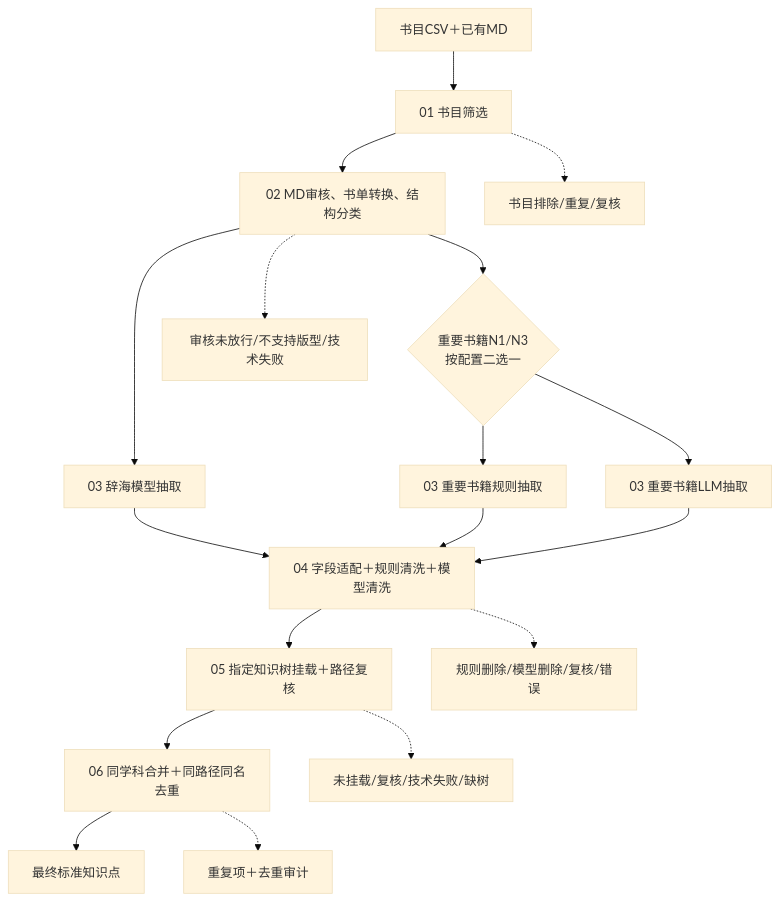
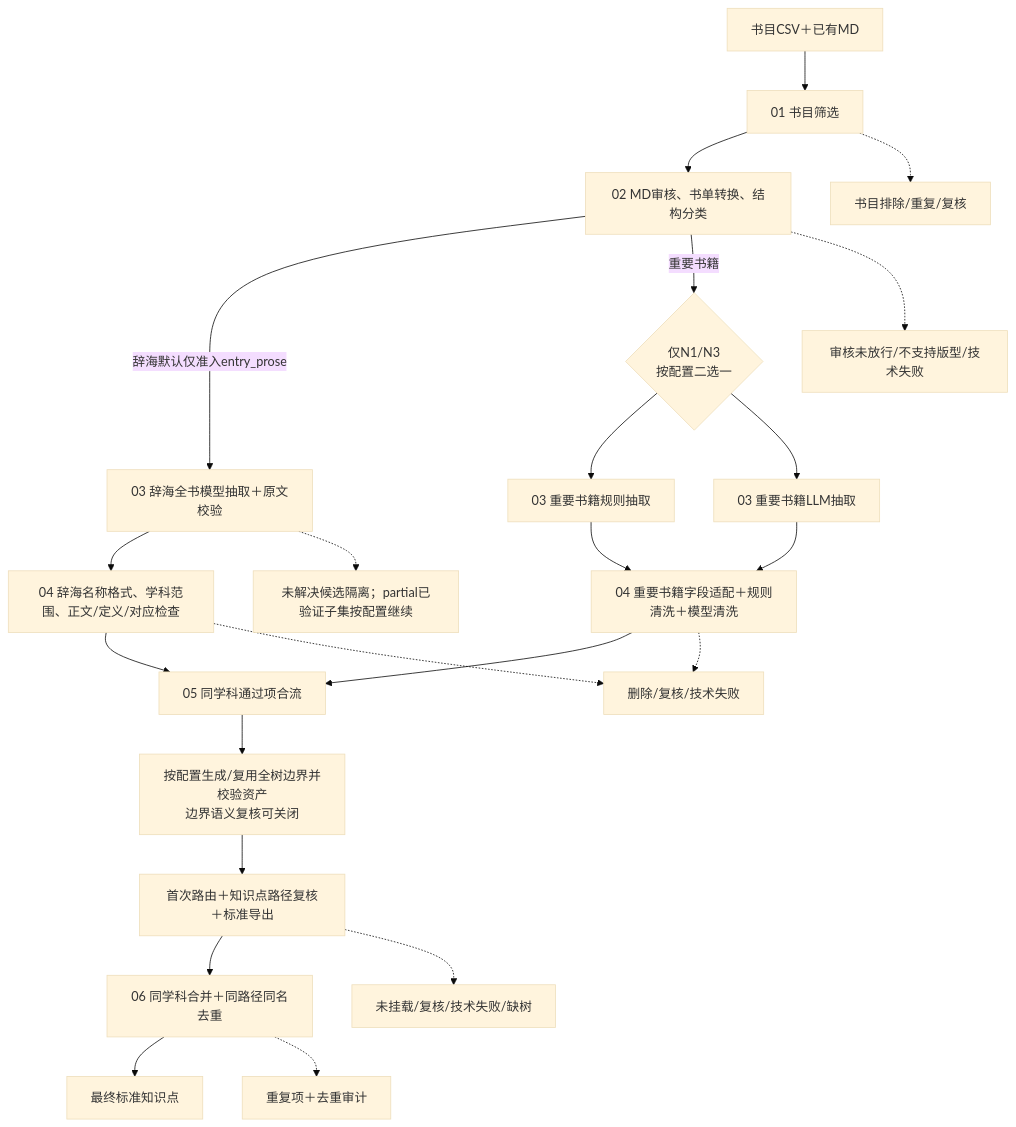
Before and after one commit to zhanghong0927/knowledge_point_pipeline: the diagram in docs/技术说明_模块与数据流转.md, drawn with Mermaid (base theme). The commit also changed other lines of this file and 1 other file, not shown here.

Commit message:
docs: sync dictionary cold-flow validation and boundary guidance

````diff
--- a/docs/技术说明_模块与数据流转.md
+++ b/docs/技术说明_模块与数据流转.md
@@ -9,20 +9,25 @@
 ```mermaid
 flowchart TD
     A["书目CSV＋已有MD"] --> B["01 书目筛选"]
     B --> C["02 MD审核、书单转换、结构分类"]
-    C --> D["03 辞海模型抽取"]
-    C --> E{"重要书籍N1/N3<br/>按配置二选一"}
+    C -->|"辞海默认仅准入entry_prose"| D["03 辞海全书模型抽取＋原文校验"]
+    C -->|"重要书籍"| E{"仅N1/N3<br/>按配置二选一"}
     E --> F["03 重要书籍规则抽取"]
     E --> G["03 重要书籍LLM抽取"]
-    D --> H["04 字段适配＋规则清洗＋模型清洗"]
-    F --> H
-    G --> H
-    H --> I["05 指定知识树挂载＋路径复核"]
-    I --> J["06 同学科合并＋同路径同名去重"]
+    D --> HD["04 辞海名称格式、学科范围、正文/定义/对应检查"]
+    F --> HI["04 重要书籍字段适配＋规则清洗＋模型清洗"]
+    G --> HI
+    HD --> I["05 同学科通过项合流"]
+    HI --> I
+    I --> M["按配置生成/复用全树边界并校验资产<br/>边界语义复核可关闭"]
+    M --> R["首次路由＋知识点路径复核＋标准导出"]
+    R --> J["06 同学科合并＋同路径同名去重"]
     J --> K["最终标准知识点"]
     B -.-> X["书目排除/重复/复核"]
     C -.-> Y["审核未放行/不支持版型/技术失败"]
-    H -.-> Z["规则删除/模型删除/复核/错误"]
-    I -.-> U["未挂载/复核/技术失败/缺树"]
+    D -.-> Q["未解决候选隔离；partial已验证子集按配置继续"]
+    HD -.-> Z["删除/复核/技术失败"]
+    HI -.-> Z
+    R -.-> U["未挂载/复核/技术失败/缺树"]
     J -.-> V["重复项＋去重审计"]
 ```
````
